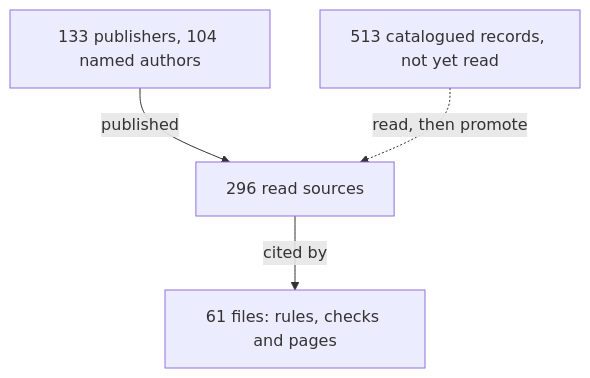
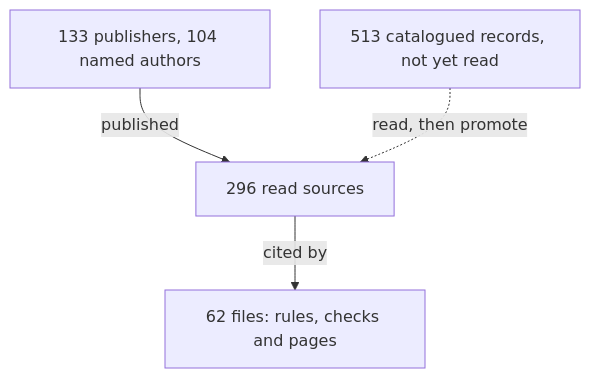
Before and after one commit to Valpatel/cad-agent: the diagram in docs/practice/experts.md, drawn with Mermaid. The commit also changed other lines of this file and 9 other files, not shown here.

````diff
--- a/docs/practice/experts.md
+++ b/docs/practice/experts.md
@@ -6,7 +6,7 @@
 ```mermaid
 flowchart TD
   P["133 publishers, 104 named authors"] -->|published| S["296 read sources"]
-  S -->|cited by| U["61 files: rules, checks and pages"]
+  S -->|cited by| U["62 files: rules, checks and pages"]
   C["513 catalogued records, not yet read"] -.->|read, then promote| S
   class S here
 ```
````
